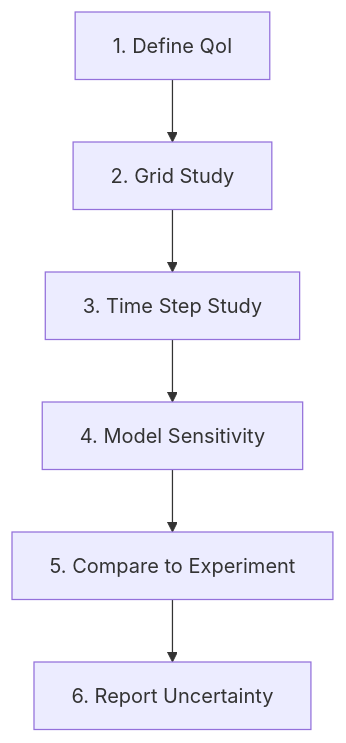
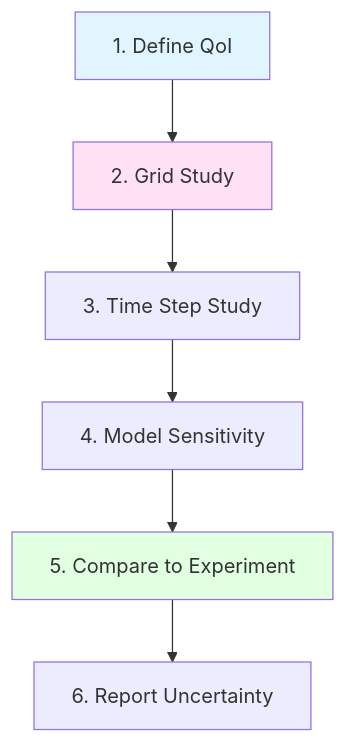
One commit to wramet/build-my-cfd changed the third of 3 diagrams in MODULE_04_MULTIPHASE_FUNDAMENTALS/CONTENT/07_VALIDATION/00_Overview.md. Above: the diagram before and after it, drawn with Mermaid. The commit also changed other lines of this file and 75 other files, not shown here.

````diff
--- a/MODULE_04_MULTIPHASE_FUNDAMENTALS/CONTENT/07_VALIDATION/00_Overview.md
+++ b/MODULE_04_MULTIPHASE_FUNDAMENTALS/CONTENT/07_VALIDATION/00_Overview.md
@@ -154,8 +455,12 @@
 ```mermaid
 flowchart TD
     A[1. Define QoI] --> B[2. Grid Study]
     B --> C[3. Time Step Study]
     C --> D[4. Model Sensitivity]
     D --> E[5. Compare to Experiment]
     E --> F[6. Report Uncertainty]
+    
+    style A fill:#e1f5ff
+    style B fill:#ffe1f5
+    style E fill:#e1ffe1
 ```
````
